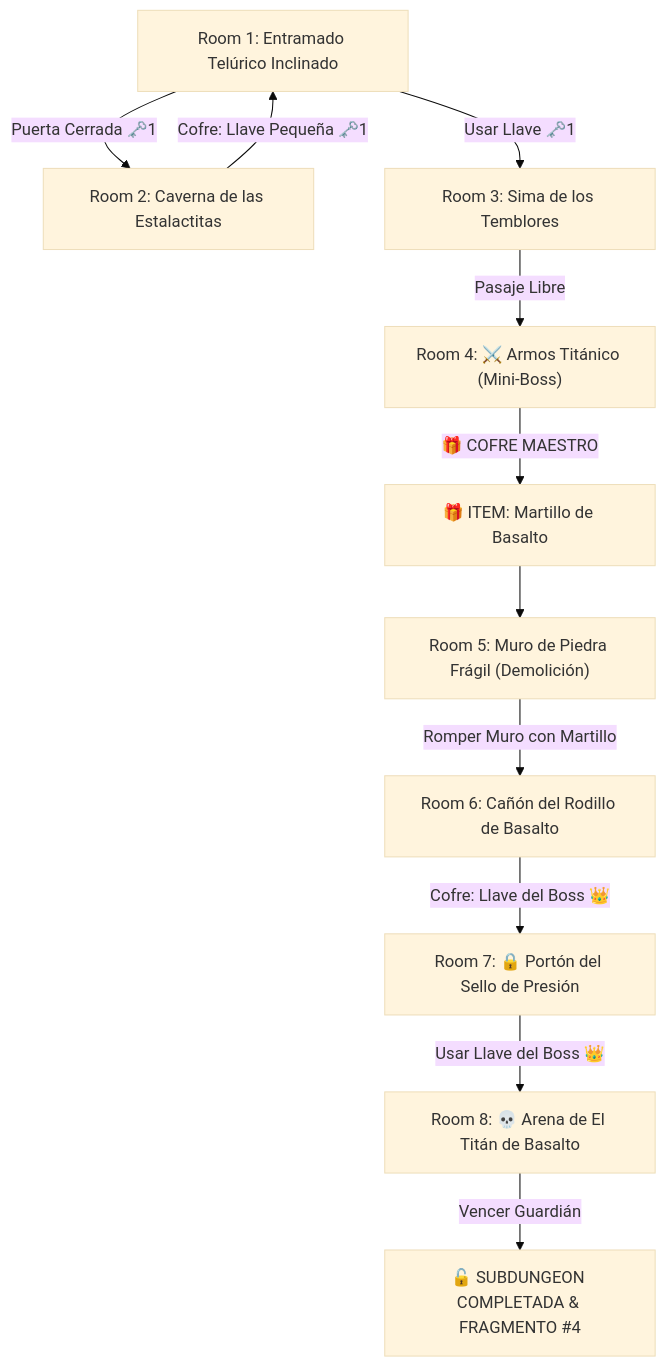
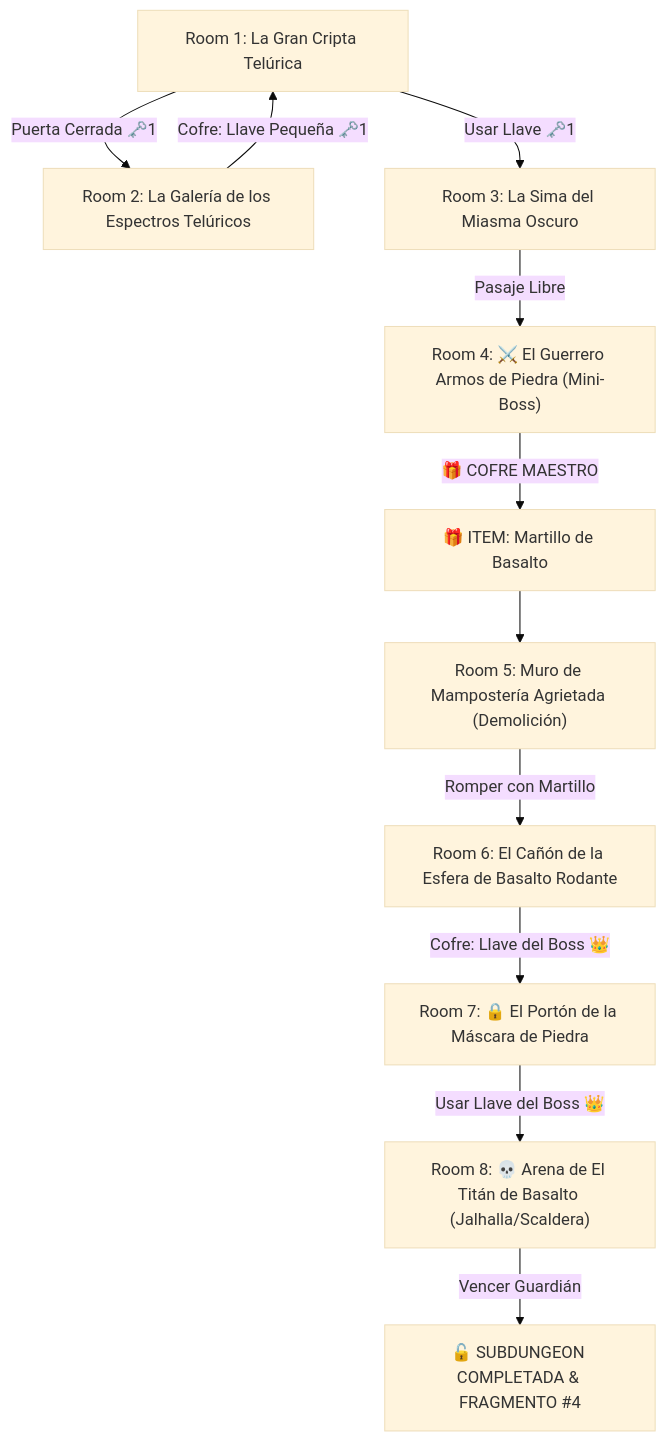
Before and after one commit to linkmati/ShivathLyss: the diagram in 7 - DM/OneShots/ARepeat/Subdungeons/04_Subdungeon_Tierra_Dominio.md, drawn with Mermaid (base theme). The commit also changed other lines of this file and 22 other files, not shown here.

````diff
--- a/7 - DM/OneShots/ARepeat/Subdungeons/04_Subdungeon_Tierra_Dominio.md
+++ b/7 - DM/OneShots/ARepeat/Subdungeons/04_Subdungeon_Tierra_Dominio.md
@@ -13,13 +14,13 @@
 ```mermaid
 graph TD
-    S1["Room 1: Entramado Telúrico Inclinado"] -->|Puerta Cerrada 🗝️1| S2["Room 2: Caverna de las Estalactitas"]
+    S1["Room 1: La Gran Cripta Telúrica"] -->|Puerta Cerrada 🗝️1| S2["Room 2: La Galería de los Espectros Telúricos"]
     S2 -->|Cofre: Llave Pequeña 🗝️1| S1
-    S1 -->|Usar Llave 🗝️1| S3["Room 3: Sima de los Temblores"]
-    S3 -->|Pasaje Libre| S4["Room 4: ⚔️ Armos Titánico (Mini-Boss)"]
+    S1 -->|Usar Llave 🗝️1| S3["Room 3: La Sima del Miasma Oscuro"]
+    S3 -->|Pasaje Libre| S4["Room 4: ⚔️ El Guerrero Armos de Piedra (Mini-Boss)"]
     S4 -->|🎁 COFRE MAESTRO| Item["🎁 ITEM: Martillo de Basalto"]
-    Item --> S5["Room 5: Muro de Piedra Frágil (Demolición)"]
-    S5 -->|Romper Muro con Martillo| S6["Room 6: Cañón del Rodillo de Basalto"]
-    S6 -->|Cofre: Llave del Boss 👑| S7["Room 7: 🔒 Portón del Sello de Presión"]
-    S7 -->|Usar Llave del Boss 👑| S8["Room 8: 💀 Arena de El Titán de Basalto"]
+    Item --> S5["Room 5: Muro de Mampostería Agrietada (Demolición)"]
+    S5 -->|Romper con Martillo| S6["Room 6: El Cañón de la Esfera de Basalto Rodante"]
+    S6 -->|Cofre: Llave del Boss 👑| S7["Room 7: 🔒 El Portón de la Máscara de Piedra"]
+    S7 -->|Usar Llave del Boss 👑| S8["Room 8: 💀 Arena de El Titán de Basalto (Jalhalla/Scaldera)"]
     S8 -->|Vencer Guardián| Win["🔓 SUBDUNGEON COMPLETADA & FRAGMENTO #4"]
 ```
````
